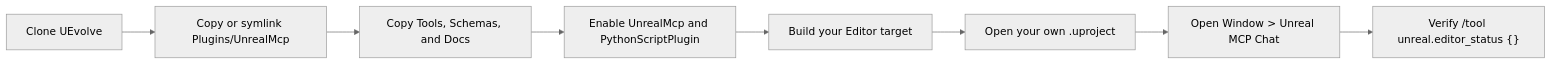
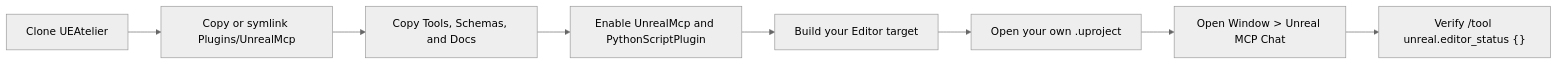
The diagram in README.md (edwinmeng163-oss/UEMCP), drawn with Mermaid (neutral theme) before and after one commit. The commit also changed other lines of this file and 63 other files, not shown here.

````diff
--- a/README.md
+++ b/README.md
@@ -721,10 +721,10 @@
 ```mermaid
 flowchart LR
-    A["Clone UEvolve"] --> B["Copy or symlink Plugins/UnrealMcp"]
+    A["Clone UEAtelier"] --> B["Copy or symlink Plugins/UnrealMcp"]
     B --> C["Copy Tools, Schemas, and Docs"]
     C --> D["Enable UnrealMcp and PythonScriptPlugin"]
     D --> E["Build your Editor target"]
     E --> F["Open your own .uproject"]
     F --> G["Open Window > Unreal MCP Chat"]
     G --> H["Verify /tool unreal.editor_status {}"]
 ```
````
